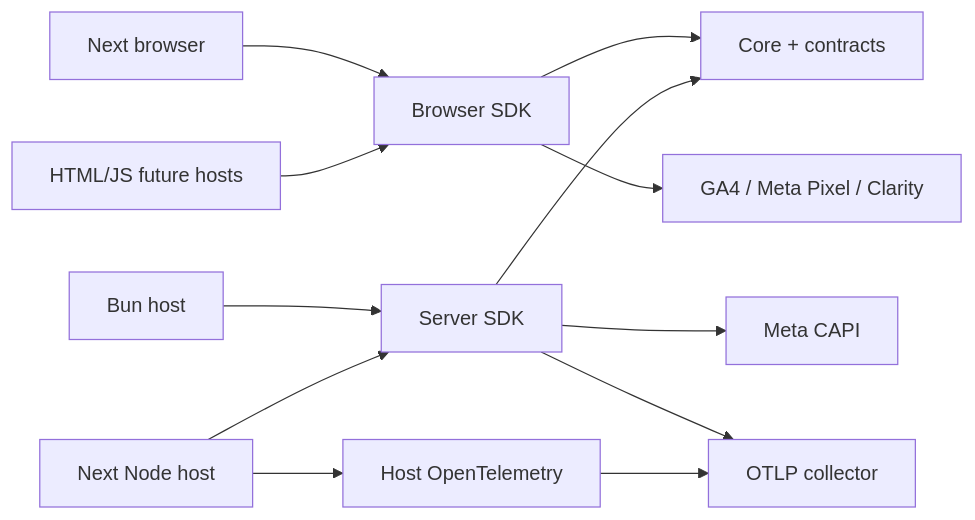
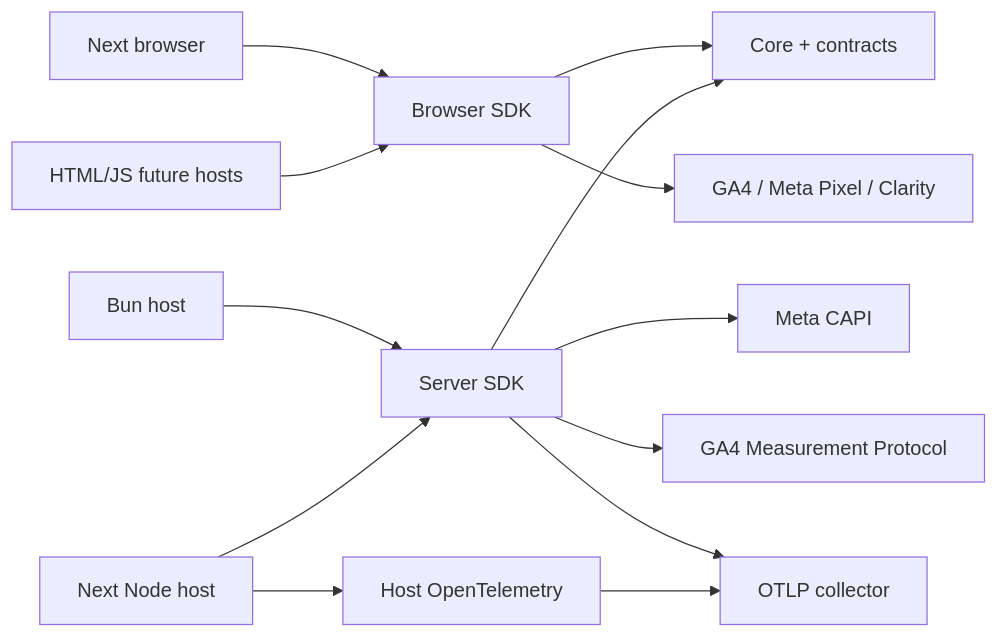
The diagram in docs/ARCHITECTURE.md (TechInjectIndia/signal-kit), drawn with Mermaid before and after one commit. The commit also changed other lines of this file and 64 other files, not shown here.

````diff
--- a/docs/ARCHITECTURE.md
+++ b/docs/ARCHITECTURE.md
@@ -21,14 +21,15 @@
 ```mermaid
 flowchart LR
   N[Next browser] --> B[Browser SDK]
   H[HTML/JS future hosts] --> B
   B --> C[Core + contracts]
   B --> P[GA4 / Meta Pixel / Clarity]
   BS[Bun host] --> S[Server SDK]
   NS[Next Node host] --> S
   S --> C
   S --> M[Meta CAPI]
+  S --> G[GA4 Measurement Protocol]
   S --> O[OTLP collector]
   NS --> V[Host OpenTelemetry]
   V --> O
 ```
````
